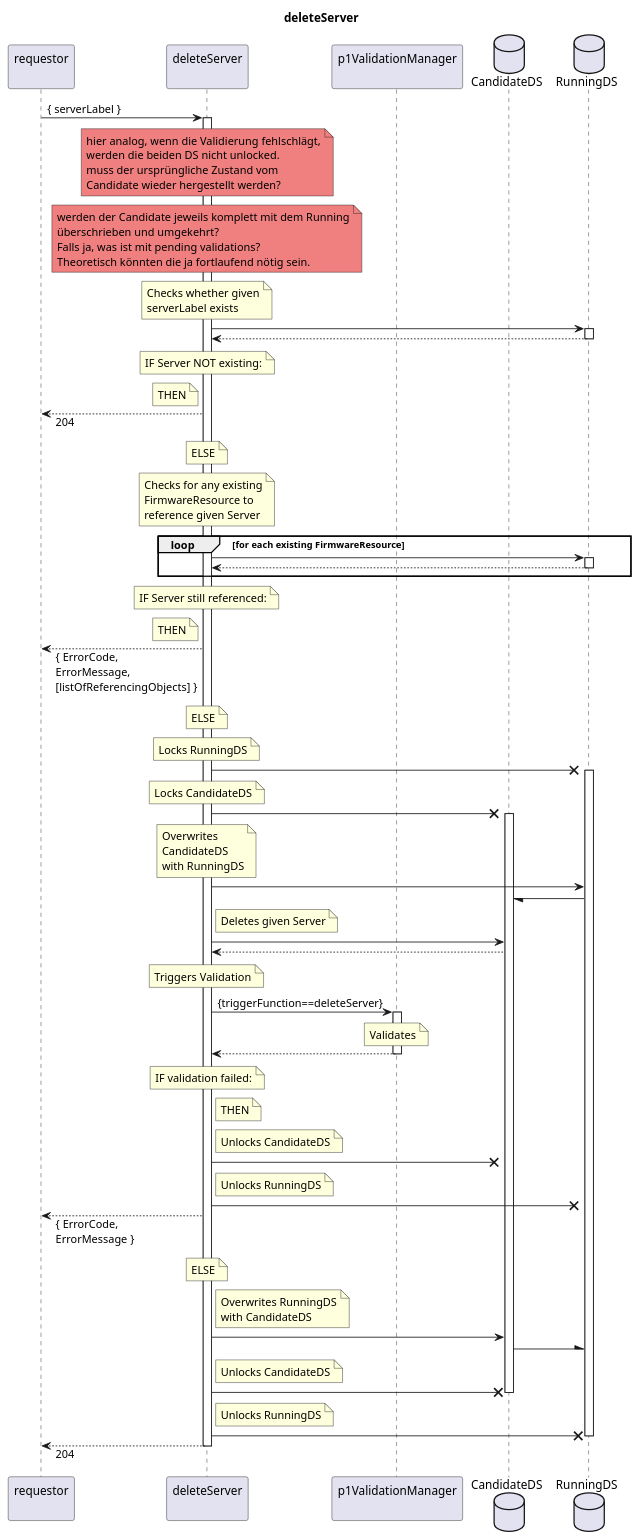
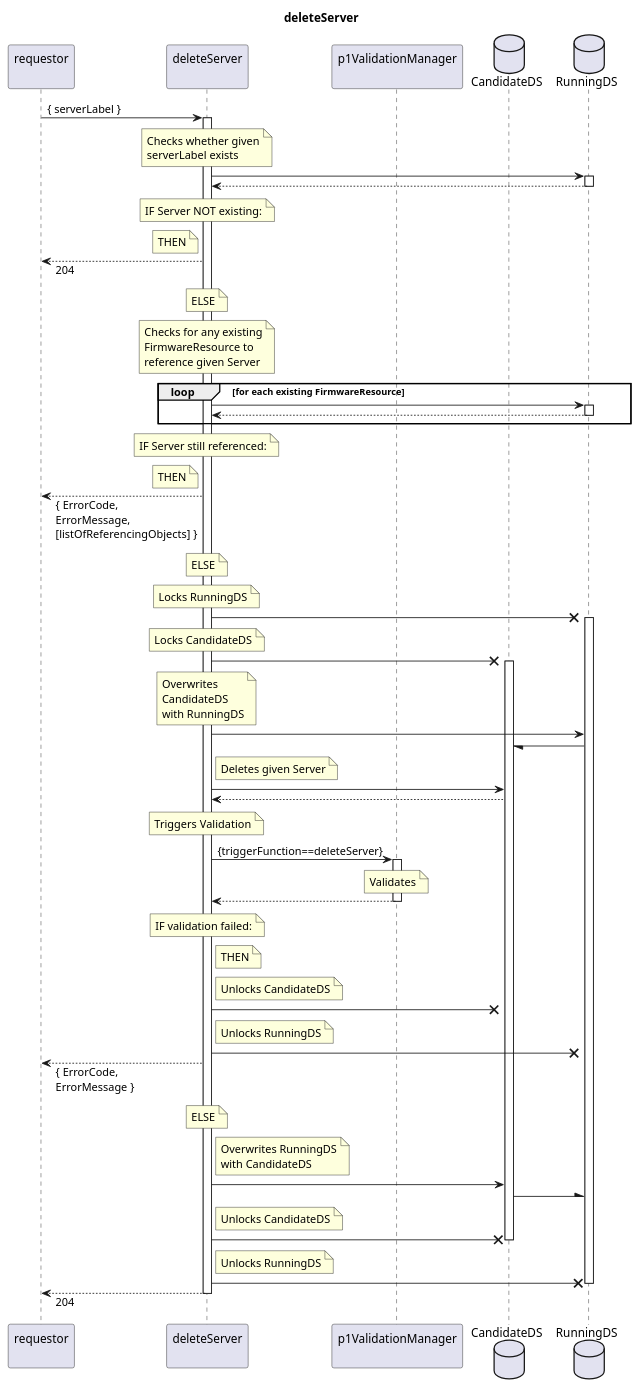
The diagram in spec/Services/deleteServer/1.0.0/deleteServer.plantuml (openBackhaul/FirmWareManager), drawn with PlantUML before and after one commit. The commit also changed 7 other files, not shown here.

Commit message:
removed notes from diagrams

```diff
--- a/spec/Services/deleteServer/1.0.0/deleteServer.plantuml
+++ b/spec/Services/deleteServer/1.0.0/deleteServer.plantuml
@@ -1,145 +1,132 @@
 @startuml deleteServer
 skinparam responseMessageBelowArrow true
 
 title
   deleteServer
 end title
 
 participant "requestor\n" as requestor
 participant "deleteServer\n" as indServ
 participant "p1ValidationManager\n" as valiMan
 database "CandidateDS" as CanDS
 database "RunningDS" as RunDS
 
 requestor -> indServ: { serverLabel }
 activate indServ
-
-  note over indServ #lightcoral
-    hier analog, wenn die Validierung fehlschlägt,
-    werden die beiden DS nicht unlocked.
-    muss der ursprüngliche Zustand vom 
-    Candidate wieder hergestellt werden?
-  end note
-  note over indServ #lightcoral
-    werden der Candidate jeweils komplett mit dem Running
-    überschrieben und umgekehrt?
-    Falls ja, was ist mit pending validations?
-    Theoretisch könnten die ja fortlaufend nötig sein.
-  end note
 
   note over indServ
     Checks whether given
     serverLabel exists
   end note
   indServ -> RunDS
   activate RunDS
   indServ <-- RunDS
   deactivate RunDS
   note over indServ
     IF Server NOT existing:
   end note
   note left indServ
     THEN
   end note
   requestor <-- indServ: 204
   note over indServ
     ELSE
   end note
 
   note over indServ
     Checks for any existing
     FirmwareResource to
     reference given Server
   end note
   loop for each existing FirmwareResource
     indServ -> RunDS
     activate RunDS
     indServ <-- RunDS
     deactivate RunDS
   end loop
   note over indServ
     IF Server still referenced:
   end note
   note left indServ
     THEN
   end note
   requestor <-- indServ: { ErrorCode,\nErrorMessage,\n[listOfReferencingObjects] }
   note over indServ
     ELSE
   end note
 
   note over indServ
     Locks RunningDS
   end note
   indServ -X RunDS
   activate RunDS
   note over indServ
     Locks CandidateDS
   end note
   indServ -X CanDS
   activate CanDS
   note over indServ
     Overwrites
     CandidateDS
     with RunningDS
   end note
   indServ -> RunDS
   RunDS -/ CanDS
 
   note right indServ
     Deletes given Server
   end note
   indServ -> CanDS
   indServ <-- CanDS
 
   note over indServ
     Triggers Validation
   end note
   indServ -> valiMan: {triggerFunction==deleteServer}
   activate valiMan
     note over valiMan
       Validates
     end note
   indServ <-- valiMan
   deactivate valiMan
   note over indServ
     IF validation failed:
   end note
   note right indServ
     THEN
   end note
   note right indServ
     Unlocks CandidateDS
   end note
   indServ -X CanDS
   note right indServ
     Unlocks RunningDS
   end note
   indServ -X RunDS
   requestor <-- indServ: { ErrorCode,\nErrorMessage }
   note over indServ
     ELSE
   end note
 
   note right indServ
     Overwrites RunningDS
     with CandidateDS
   end note
   indServ -> CanDS
   CanDS -\ RunDS
   note right indServ
     Unlocks CandidateDS
   end note
   indServ -X CanDS
   deactivate CanDS
   note right indServ
     Unlocks RunningDS
   end note
   indServ -X RunDS
   deactivate RunDS
 
   requestor <-- indServ: 204
 
 deactivate indServ
 
 @enduml
```
